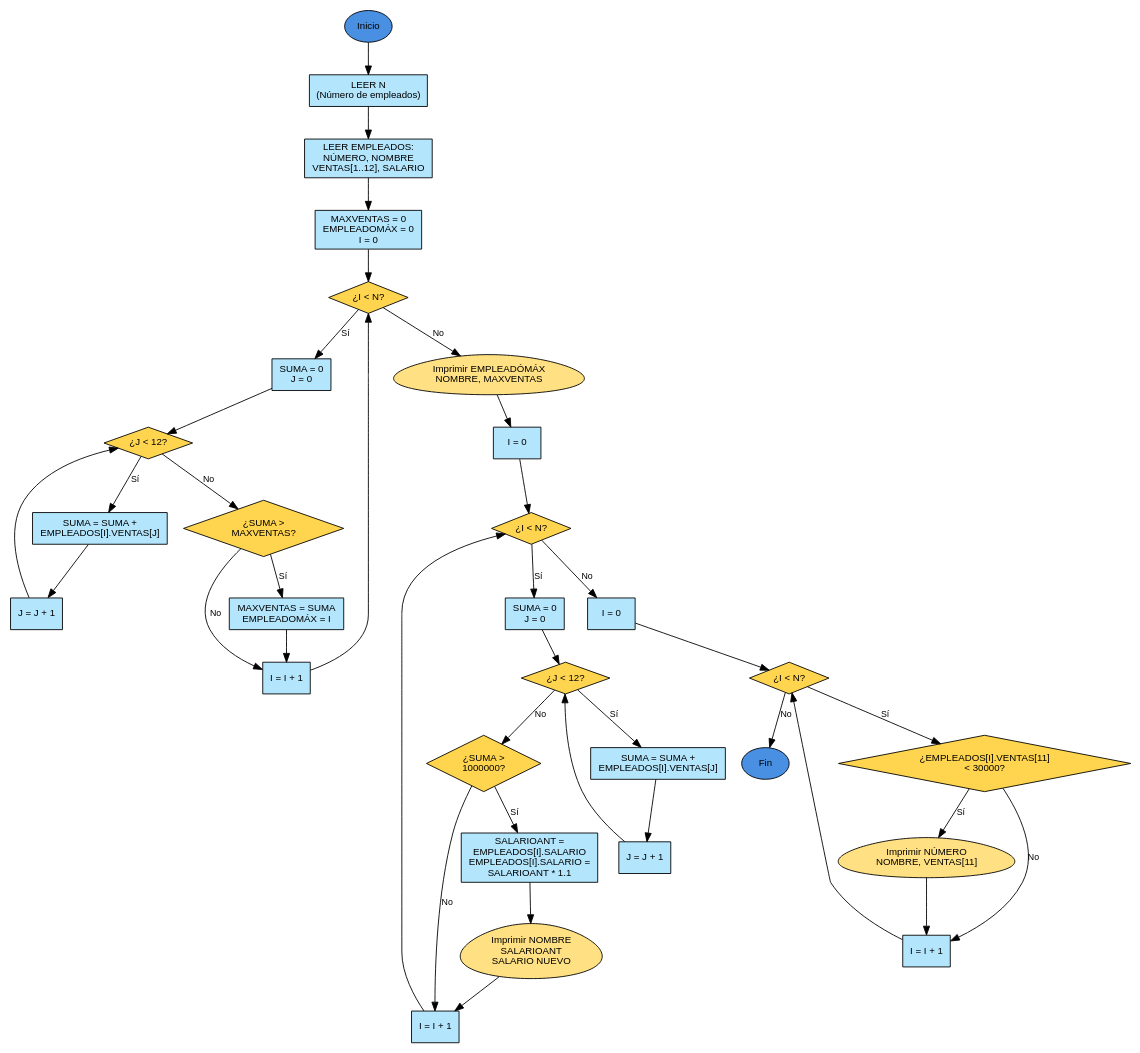
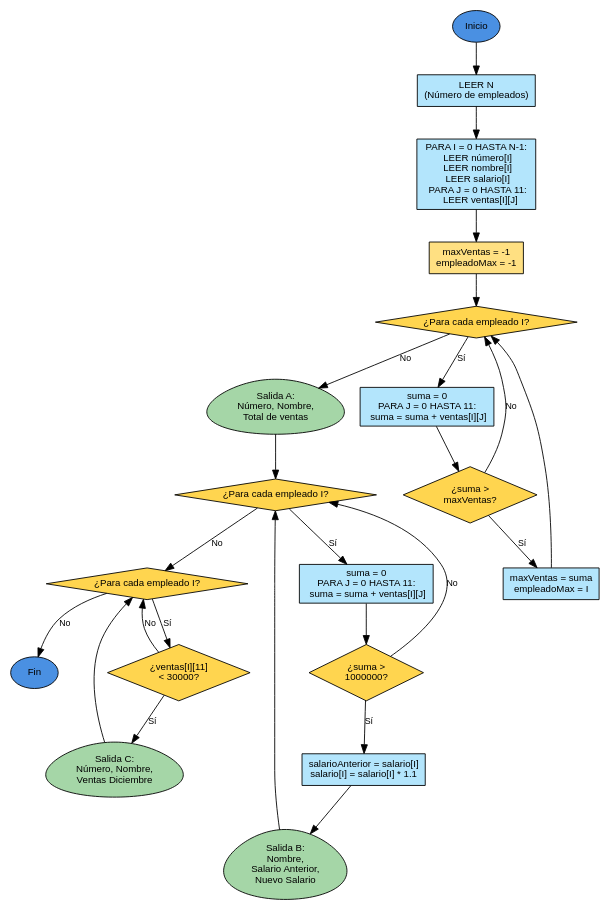
Before and after one commit to ISAIMCH/EjerciciosJava: the diagram in Diagramas/problema-5-2-pag-363.dot, drawn with Graphviz. The commit also changed other lines of this file and 15 other files, not shown here.

Commit message:
Nuevos diagramas

```diff
--- a/Diagramas/problema-5-2-pag-363.dot
+++ b/Diagramas/problema-5-2-pag-363.dot
@@ -1,90 +1,66 @@
 digraph Problema5_2 {
     rankdir=TB;
     node [fontname="Arial", fontsize=11, style=filled, fillcolor=white];
     edge [fontname="Arial", fontsize=10];
 
     // Nodos principales - Inicio
     inicio [shape=ellipse, label="Inicio", fillcolor="#4A90E2"];
     
-    // Lectura de datos
-    asign_n [shape=box, label="LEER N\n(Número de empleados)", fillcolor="#B3E5FC"];
-    leer_empleados [shape=box, label="LEER EMPLEADOS:\nNÚMERO, NOMBRE\nVENTAS[1..12], SALARIO", fillcolor="#B3E5FC"];
+    // Entrada de datos
+    entrada_n [shape=box, label="LEER N\n(Número de empleados)", fillcolor="#B3E5FC"];
+    entrada_empleados [shape=box, label="PARA I = 0 HASTA N-1:\n  LEER número[I]\n  LEER nombre[I]\n  LEER salario[I]\n  PARA J = 0 HASTA 11:\n    LEER ventas[I][J]", fillcolor="#B3E5FC"];
     
     // Inciso a) - Empleado con mayores ventas
-    asign_max_vtas [shape=box, label="MAXVENTAS = 0\nEMPLEADOMÁX = 0\nI = 0", fillcolor="#B3E5FC"];
-    cond_i1 [shape=diamond, label="¿I < N?", fillcolor="#FFD54F"];
-    asign_suma_vtas [shape=box, label="SUMA = 0\nJ = 0", fillcolor="#B3E5FC"];
-    cond_j1 [shape=diamond, label="¿J < 12?", fillcolor="#FFD54F"];
-    sum_vtas [shape=box, label="SUMA = SUMA +\nEMPLEADOS[I].VENTAS[J]", fillcolor="#B3E5FC"];
-    incr_j1 [shape=box, label="J = J + 1", fillcolor="#B3E5FC"];
-    comp_max_vtas [shape=diamond, label="¿SUMA >\nMAXVENTAS?", fillcolor="#FFD54F"];
-    upd_max_vtas [shape=box, label="MAXVENTAS = SUMA\nEMPLEADOMÁX = I", fillcolor="#B3E5FC"];
-    incr_i1 [shape=box, label="I = I + 1", fillcolor="#B3E5FC"];
-    print_max_vtas [shape=egg, label="Imprimir EMPLEADÓMÁX\nNOMBRE, MAXVENTAS", fillcolor="#FFE082"];
+    proc_a_init [shape=box, label="maxVentas = -1\nempleadoMax = -1", fillcolor="#FFE082"];
+    proc_a_loop [shape=diamond, label="¿Para cada empleado I?", fillcolor="#FFD54F"];
+    proc_a_suma [shape=box, label="suma = 0\nPARA J = 0 HASTA 11:\n  suma = suma + ventas[I][J]", fillcolor="#B3E5FC"];
+    proc_a_comp [shape=diamond, label="¿suma >\nmaxVentas?", fillcolor="#FFD54F"];
+    proc_a_upd [shape=box, label="maxVentas = suma\nempleadoMax = I", fillcolor="#B3E5FC"];
+    salida_a [shape=egg, label="Salida A:\nNúmero, Nombre,\nTotal de ventas", fillcolor="#A5D6A7"];
     
     // Inciso b) - Incremento de salarios
-    asign_inc_sal [shape=box, label="I = 0", fillcolor="#B3E5FC"];
-    cond_i2 [shape=diamond, label="¿I < N?", fillcolor="#FFD54F"];
-    asign_suma_vtas2 [shape=box, label="SUMA = 0\nJ = 0", fillcolor="#B3E5FC"];
-    cond_j2 [shape=diamond, label="¿J < 12?", fillcolor="#FFD54F"];
-    sum_vtas2 [shape=box, label="SUMA = SUMA +\nEMPLEADOS[I].VENTAS[J]", fillcolor="#B3E5FC"];
-    incr_j2 [shape=box, label="J = J + 1", fillcolor="#B3E5FC"];
-    comp_1millon [shape=diamond, label="¿SUMA >\n1000000?", fillcolor="#FFD54F"];
-    calc_sal_nuevo [shape=box, label="SALARIOANT =\nEMPLEADOS[I].SALARIO\nEMPLEADOS[I].SALARIO =\nSALARIOANT * 1.1", fillcolor="#B3E5FC"];
-    print_inc_sal [shape=egg, label="Imprimir NOMBRE\nSALARIOANT\nSALARIO NUEVO", fillcolor="#FFE082"];
-    incr_i2 [shape=box, label="I = I + 1", fillcolor="#B3E5FC"];
+    proc_b_loop [shape=diamond, label="¿Para cada empleado I?", fillcolor="#FFD54F"];
+    proc_b_suma [shape=box, label="suma = 0\nPARA J = 0 HASTA 11:\n  suma = suma + ventas[I][J]", fillcolor="#B3E5FC"];
+    proc_b_comp [shape=diamond, label="¿suma >\n1000000?", fillcolor="#FFD54F"];
+    proc_b_upd [shape=box, label="salarioAnterior = salario[I]\nsalario[I] = salario[I] * 1.1", fillcolor="#B3E5FC"];
+    salida_b [shape=egg, label="Salida B:\nNombre,\nSalario Anterior,\nNuevo Salario", fillcolor="#A5D6A7"];
     
     // Inciso c) - Empleados con ventas bajas en diciembre
-    asign_dic [shape=box, label="I = 0", fillcolor="#B3E5FC"];
-    cond_i3 [shape=diamond, label="¿I < N?", fillcolor="#FFD54F"];
-    comp_dic [shape=diamond, label="¿EMPLEADOS[I].VENTAS[11]\n< 30000?", fillcolor="#FFD54F"];
-    print_dic_bajo [shape=egg, label="Imprimir NÚMERO\nNOMBRE, VENTAS[11]", fillcolor="#FFE082"];
-    incr_i3 [shape=box, label="I = I + 1", fillcolor="#B3E5FC"];
+    proc_c_loop [shape=diamond, label="¿Para cada empleado I?", fillcolor="#FFD54F"];
+    proc_c_comp [shape=diamond, label="¿ventas[I][11]\n< 30000?", fillcolor="#FFD54F"];
+    salida_c [shape=egg, label="Salida C:\nNúmero, Nombre,\nVentas Diciembre", fillcolor="#A5D6A7"];
     
-    // Salida final
+    // Fin
     fin [shape=ellipse, label="Fin", fillcolor="#4A90E2"];
 
-    // Conexiones - Inicio
-    inicio -> asign_n;
-    asign_n -> leer_empleados;
+    // Conexiones
+    inicio -> entrada_n;
+    entrada_n -> entrada_empleados;
+    entrada_empleados -> proc_a_init;
     
-    // Conexiones - Inciso a
-    leer_empleados -> asign_max_vtas;
-    asign_max_vtas -> cond_i1;
-    cond_i1 -> asign_suma_vtas [label="Sí"];
-    asign_suma_vtas -> cond_j1;
-    cond_j1 -> sum_vtas [label="Sí"];
-    sum_vtas -> incr_j1;
-    incr_j1 -> cond_j1;
-    cond_j1 -> comp_max_vtas [label="No"];
-    comp_max_vtas -> upd_max_vtas [label="Sí"];
-    upd_max_vtas -> incr_i1;
-    comp_max_vtas -> incr_i1 [label="No"];
-    incr_i1 -> cond_i1;
-    cond_i1 -> print_max_vtas [label="No"];
+    // Inciso A
+    proc_a_init -> proc_a_loop;
+    proc_a_loop -> proc_a_suma [label="Sí"];
+    proc_a_suma -> proc_a_comp;
+    proc_a_comp -> proc_a_upd [label="Sí"];
+    proc_a_upd -> proc_a_loop;
+    proc_a_comp -> proc_a_loop [label="No"];
+    proc_a_loop -> salida_a [label="No"];
     
-    // Conexiones - Inciso b
-    print_max_vtas -> asign_inc_sal;
-    asign_inc_sal -> cond_i2;
-    cond_i2 -> asign_suma_vtas2 [label="Sí"];
-    asign_suma_vtas2 -> cond_j2;
-    cond_j2 -> sum_vtas2 [label="Sí"];
-    sum_vtas2 -> incr_j2;
-    incr_j2 -> cond_j2;
-    cond_j2 -> comp_1millon [label="No"];
-    comp_1millon -> calc_sal_nuevo [label="Sí"];
-    calc_sal_nuevo -> print_inc_sal;
-    print_inc_sal -> incr_i2;
-    comp_1millon -> incr_i2 [label="No"];
-    incr_i2 -> cond_i2;
-    cond_i2 -> asign_dic [label="No"];
+    // Inciso B
+    salida_a -> proc_b_loop;
+    proc_b_loop -> proc_b_suma [label="Sí"];
+    proc_b_suma -> proc_b_comp;
+    proc_b_comp -> proc_b_upd [label="Sí"];
+    proc_b_upd -> salida_b;
+    salida_b -> proc_b_loop;
+    proc_b_comp -> proc_b_loop [label="No"];
+    proc_b_loop -> proc_c_loop [label="No"];
     
-    // Conexiones - Inciso c
-    asign_dic -> cond_i3;
-    cond_i3 -> comp_dic [label="Sí"];
-    comp_dic -> print_dic_bajo [label="Sí"];
-    print_dic_bajo -> incr_i3;
-    comp_dic -> incr_i3 [label="No"];
-    incr_i3 -> cond_i3;
-    cond_i3 -> fin [label="No"];
+    // Inciso C
+    proc_c_loop -> proc_c_comp [label="Sí"];
+    proc_c_comp -> salida_c [label="Sí"];
+    salida_c -> proc_c_loop;
+    proc_c_comp -> proc_c_loop [label="No"];
+    proc_c_loop -> fin [label="No"];
 }
```
